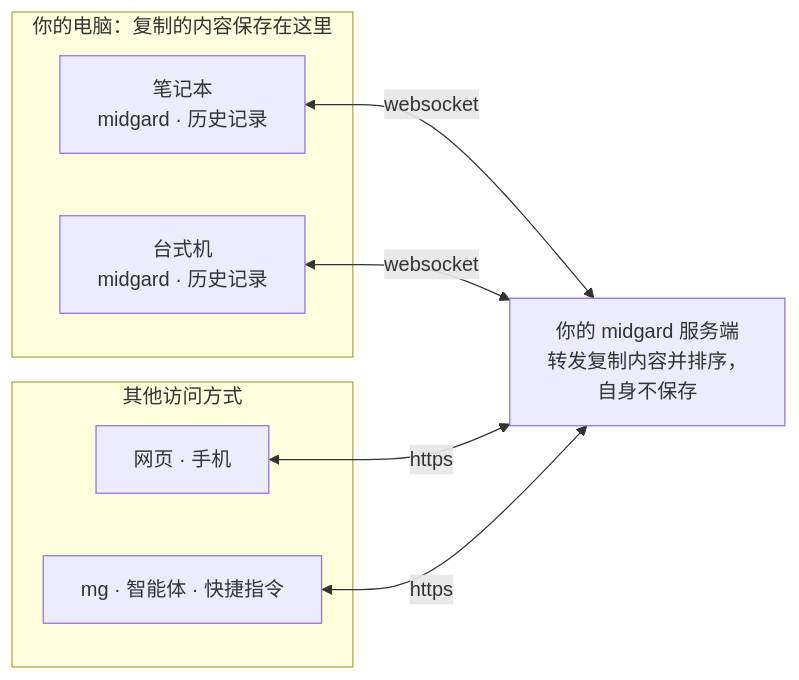
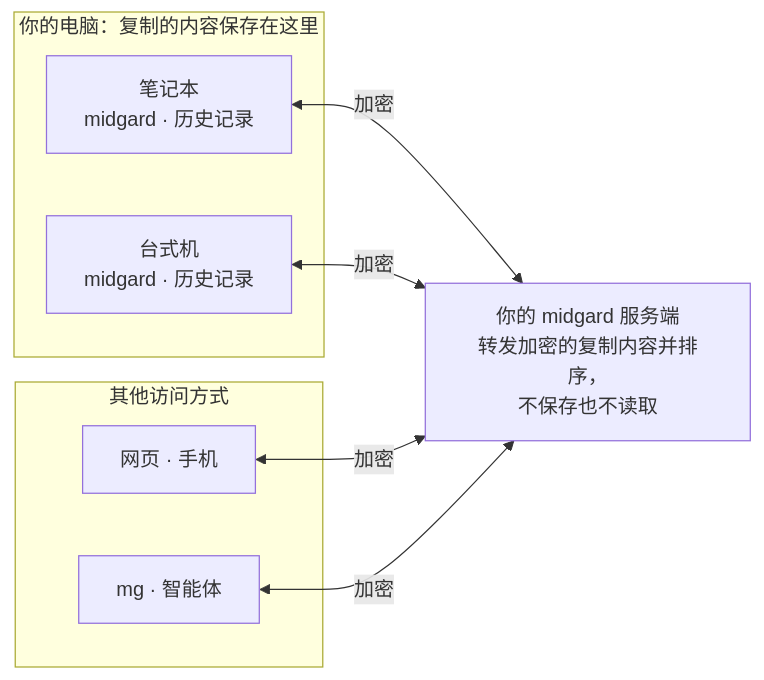
One commit to changkun/midgard changed the diagram in README.cn.md. Above: the diagram before and after it, drawn with Mermaid. The commit also changed other lines of this file and 8 other files, not shown here.

````diff
--- a/README.cn.md
+++ b/README.cn.md
@@ -9,16 +9,16 @@
 ```mermaid
 flowchart LR
     subgraph you["你的电脑：复制的内容保存在这里"]
         A["笔记本<br/>midgard · 历史记录"]
         B["台式机<br/>midgard · 历史记录"]
     end
     subgraph other["其他访问方式"]
         W["网页 · 手机"]
-        C["mg · 智能体 · 快捷指令"]
+        C["mg · 智能体"]
     end
-    R["你的 midgard 服务端<br/>转发复制内容并排序，<br/>自身不保存"]
-    A <-->|websocket| R
-    B <-->|websocket| R
-    W <-->|https| R
-    C <-->|https| R
+    R["你的 midgard 服务端<br/>转发加密的复制内容并排序，<br/>不保存也不读取"]
+    A <-->|加密| R
+    B <-->|加密| R
+    W <-->|加密| R
+    C <-->|加密| R
 ```
````
